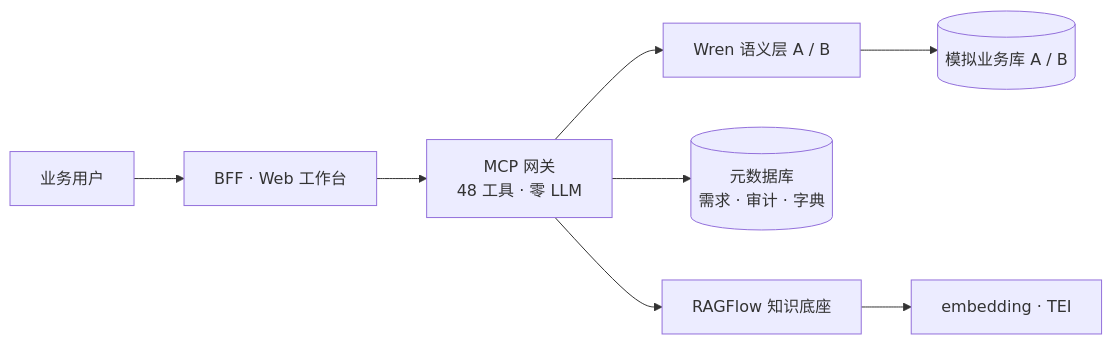
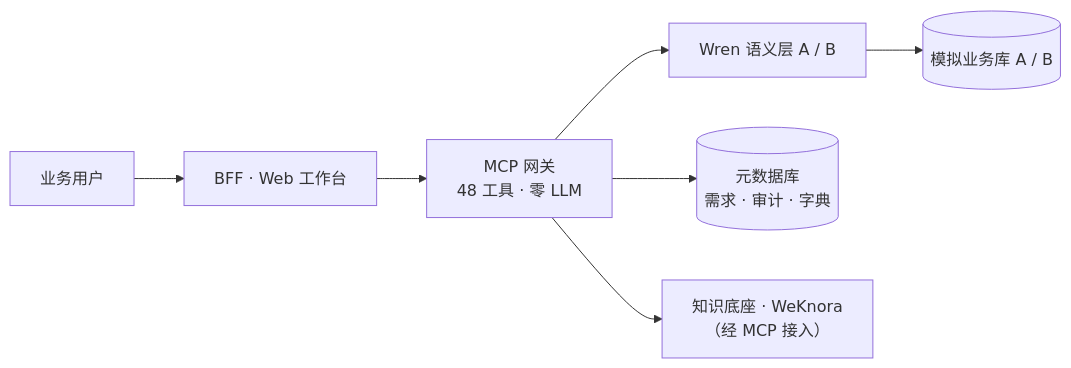
Before and after one commit to fyp1984/askoda: the diagram in README.md, drawn with Mermaid. The commit also changed other lines of this file and 16 other files, not shown here.

First line of the commit message:
feat(knowledge): 知识底座默认切至 WeKnora MCP，RAGFlow 直连保留为回退

````diff
--- a/README.md
+++ b/README.md
@@ -165,10 +171,9 @@
 ```mermaid
 flowchart LR
     U["业务用户"] --> BFF["BFF · Web 工作台"]
     BFF --> GW["MCP 网关<br/>48 工具 · 零 LLM"]
     GW --> W["Wren 语义层 A / B"]
     W --> DB[("模拟业务库 A / B")]
     GW --> META[("元数据库<br/>需求 · 审计 · 字典")]
-    GW --> RF["RAGFlow 知识底座"]
-    RF --> EMB["embedding · TEI"]
+    GW --> RF["知识底座 · WeKnora<br/>（经 MCP 接入）"]
 ```
````
